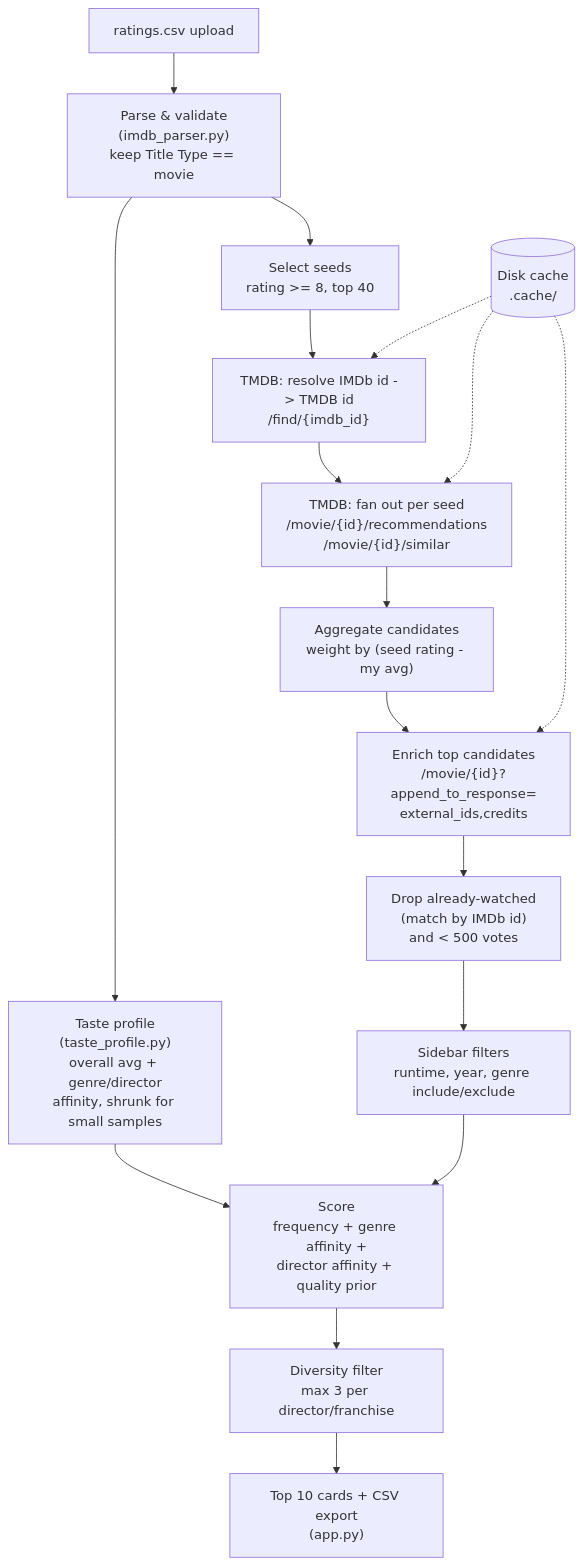
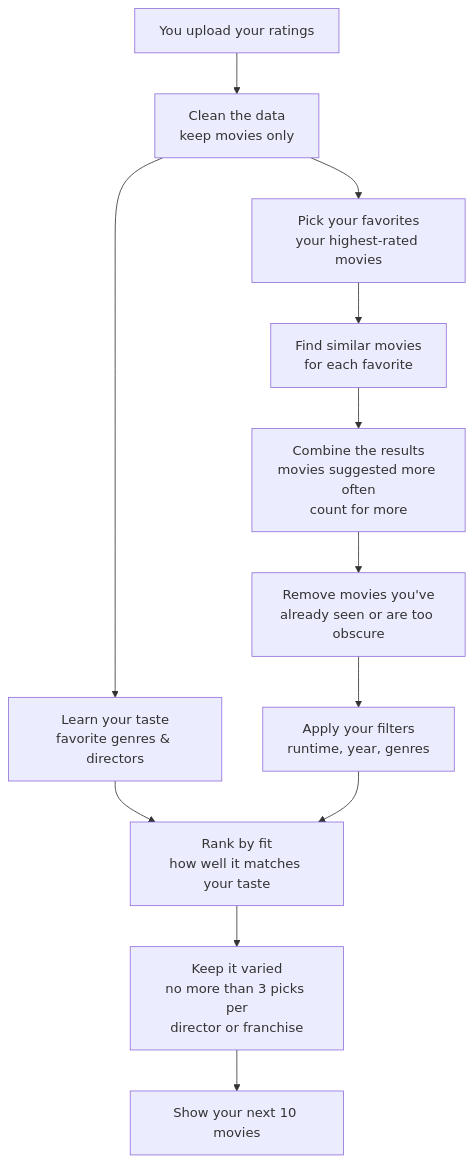
Before and after one commit to Swkratis210204/MovieAdvisor: the diagram in README.md, drawn with Mermaid. The commit also changed other lines of this file and 3 other files, not shown here.

Commit message:
added LLM feature and a button about imdb csv

````diff
--- a/README.md
+++ b/README.md
@@ -33,20 +33,14 @@
 ```mermaid
 flowchart TD
-    A["ratings.csv upload"] --> B["Parse & validate\n(imdb_parser.py)\nkeep Title Type == movie"]
-    B --> C["Taste profile\n(taste_profile.py)\noverall avg + genre/director\naffinity, shrunk for small samples"]
-    B --> D["Select seeds\nrating >= 8, top 40"]
-    D --> E["TMDB: resolve IMDb id -> TMDB id\n/find/{imdb_id}"]
-    E --> F["TMDB: fan out per seed\n/movie/{id}/recommendations\n/movie/{id}/similar"]
-    F --> G["Aggregate candidates\nweight by (seed rating - my avg)"]
-    G --> H["Enrich top candidates\n/movie/{id}?append_to_response=\nexternal_ids,credits"]
-    H --> I["Drop already-watched\n(match by IMDb id)\nand < 500 votes"]
-    C --> J
-    I --> L["Sidebar filters\nruntime, year, genre include/exclude"]
-    L --> J["Score\nfrequency + genre affinity +\ndirector affinity + quality prior"]
-    J --> K["Diversity filter\nmax 3 per director/franchise"]
-    K --> M["Top 10 cards + CSV export\n(app.py)"]
-
-    N[("Disk cache\n.cache/")] -.-> E
-    N -.-> F
-    N -.-> H
+    A["You upload your ratings"] --> B["Clean the data\nkeep movies only"]
+    B --> C["Learn your taste\nfavorite genres & directors"]
+    B --> D["Pick your favorites\nyour highest-rated movies"]
+    D --> E["Find similar movies\nfor each favorite"]
+    E --> F["Combine the results\nmovies suggested more often\ncount for more"]
+    F --> G["Remove movies you've\nalready seen or are too obscure"]
+    C --> H
+    G --> I["Apply your filters\nruntime, year, genres"]
+    I --> H["Rank by fit\nhow well it matches your taste"]
+    H --> J["Keep it varied\nno more than 3 picks per\ndirector or franchise"]
+    J --> K["Show your next 10 movies"]
 ```
````
